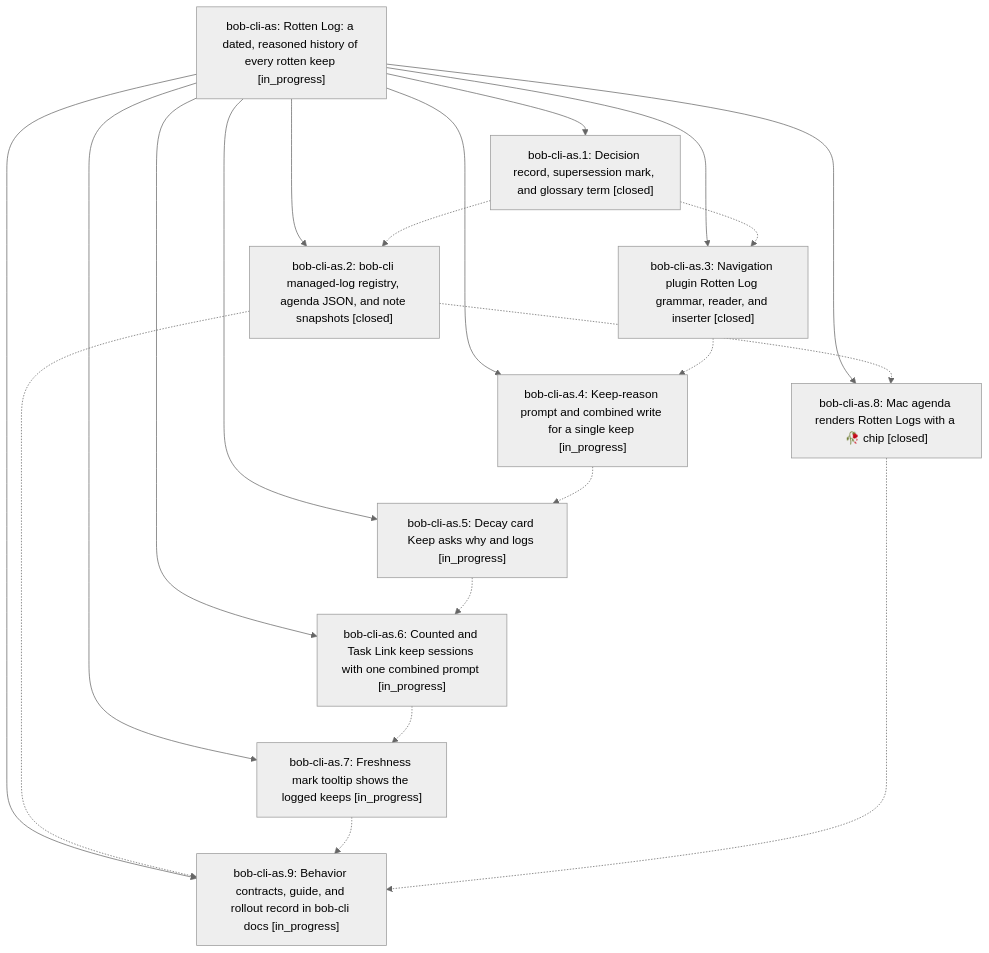
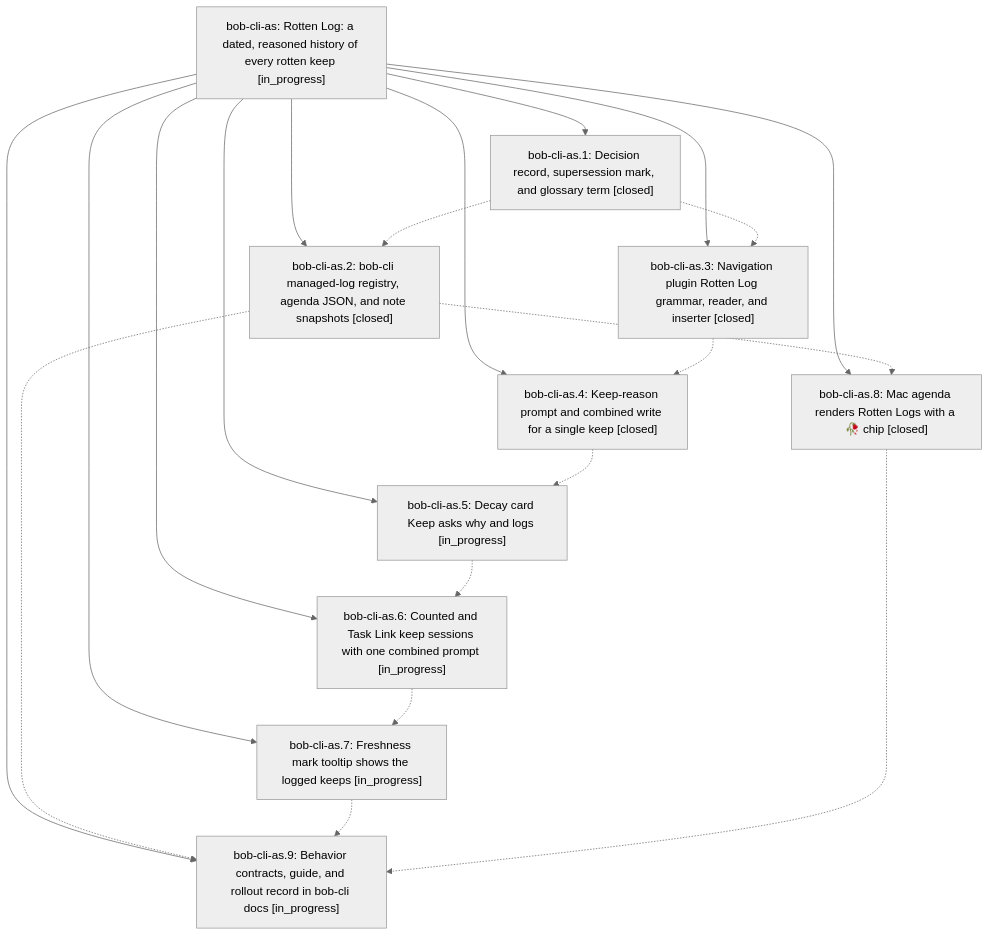
Before and after one commit to bobs-org/bob-cli--beads: the diagram in pages/bob-cli-as/README.md, drawn with Mermaid (neutral theme). The commit also changed other lines of this file and 4 other files, not shown here.

First line of the commit message:
chore(beads): sync bead state and pages for bob-cli-as

````diff
--- a/pages/bob-cli-as/README.md
+++ b/pages/bob-cli-as/README.md
@@ -30,32 +44,32 @@
 ```mermaid
 flowchart TD
     n0["bob-cli-as: Rotten Log: a dated, reasoned history of every rotten keep [in_progress]"]
     n1["bob-cli-as.1: Decision record, supersession mark, and glossary term [closed]"]
     n2["bob-cli-as.2: bob-cli managed-log registry, agenda JSON, and note snapshots [closed]"]
     n3["bob-cli-as.3: Navigation plugin Rotten Log grammar, reader, and inserter [closed]"]
-    n4["bob-cli-as.4: Keep-reason prompt and combined write for a single keep [in_progress]"]
+    n4["bob-cli-as.4: Keep-reason prompt and combined write for a single keep [closed]"]
     n5["bob-cli-as.5: Decay card Keep asks why and logs [in_progress]"]
     n6["bob-cli-as.6: Counted and Task Link keep sessions with one combined prompt [in_progress]"]
     n7["bob-cli-as.7: Freshness mark tooltip shows the logged keeps [in_progress]"]
     n8["bob-cli-as.8: Mac agenda renders Rotten Logs with a 🥀 chip [closed]"]
     n9["bob-cli-as.9: Behavior contracts, guide, and rollout record in bob-cli docs [in_progress]"]
     n0 --> n1
     n0 --> n2
     n0 --> n3
     n0 --> n4
     n0 --> n5
     n0 --> n6
     n0 --> n7
     n0 --> n8
     n0 --> n9
     n1 -.-> n2
     n1 -.-> n3
     n2 -.-> n8
     n2 -.-> n9
     n3 -.-> n4
     n4 -.-> n5
     n5 -.-> n6
     n6 -.-> n7
     n7 -.-> n9
     n8 -.-> n9
 ```
````
